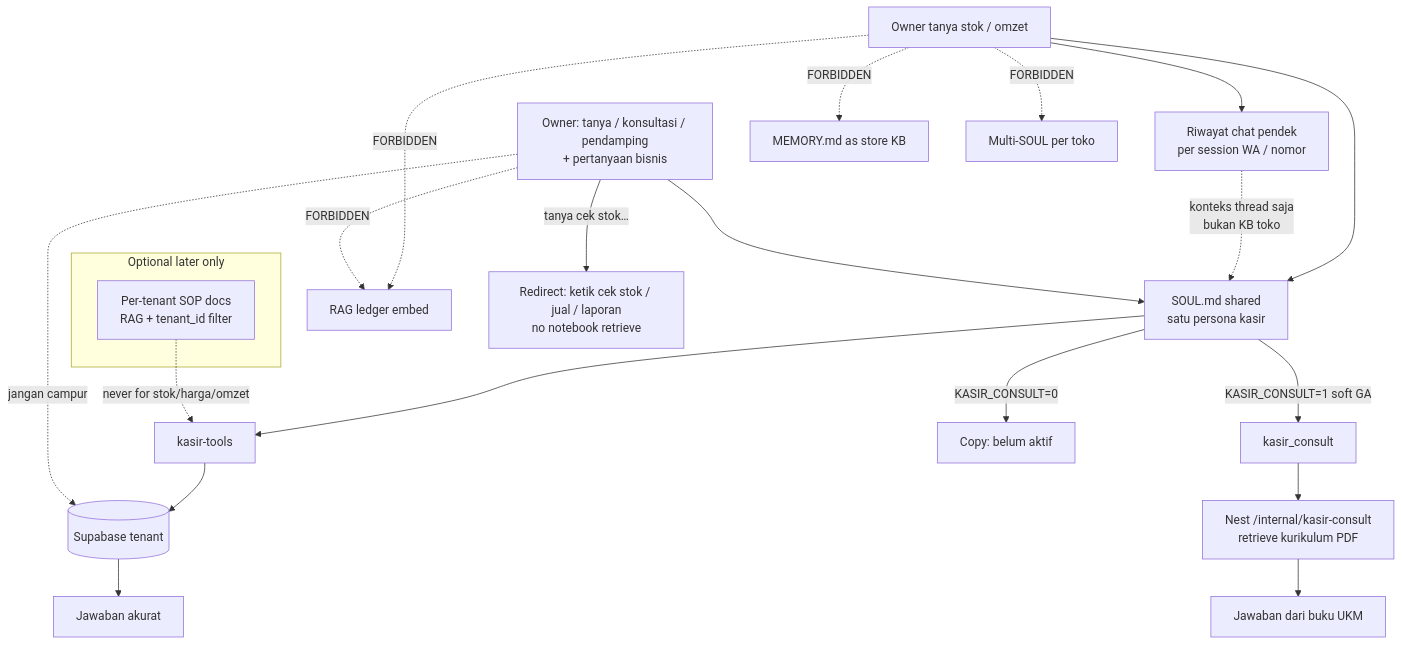
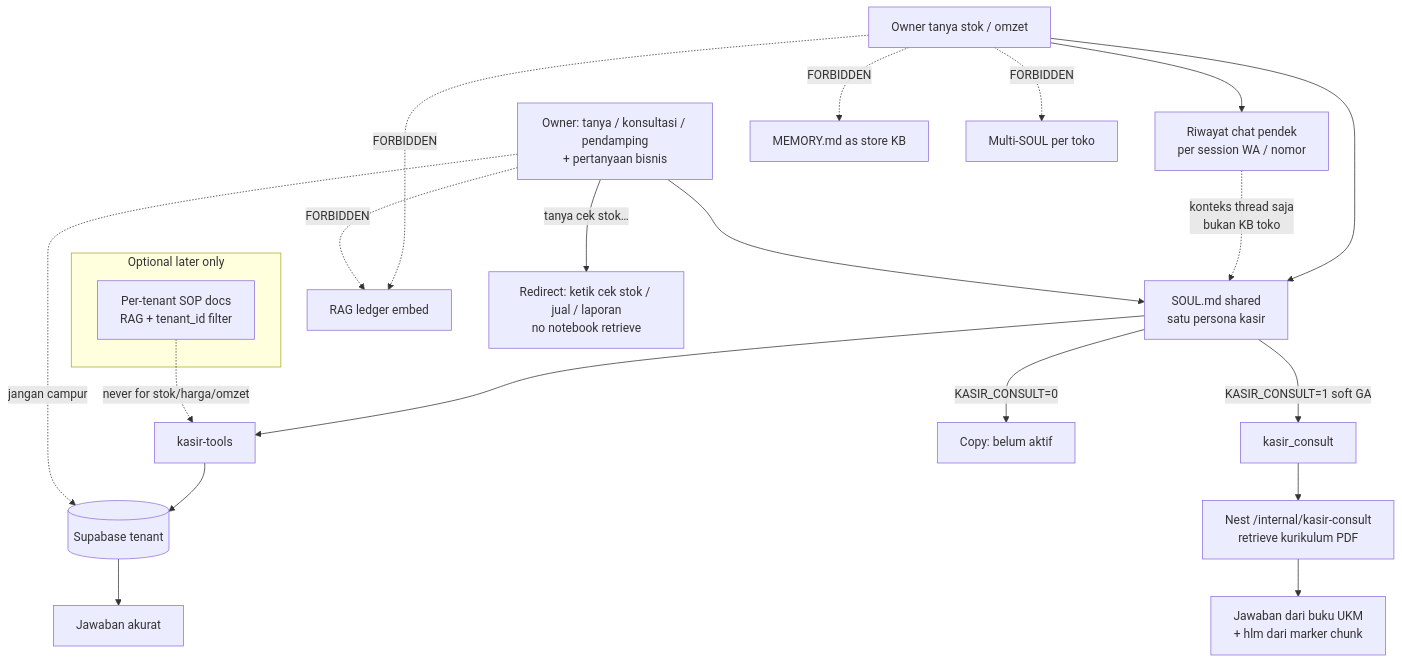
The diagram in diagrams/aistudio/umkm-wa/system/L8-knowledge-soul.mmd (nusantarasoft/juragan-aibuilder-cup), drawn with Mermaid before and after one commit. The commit also changed 23 other files, not shown here.

```diff
--- a/diagrams/aistudio/umkm-wa/system/L8-knowledge-soul.mmd
+++ b/diagrams/aistudio/umkm-wa/system/L8-knowledge-soul.mmd
@@ -1,31 +1,31 @@
 %% System L8: knowledge + character locks (Q2 / Q3) + kurikulum consult — eng / ops
 %% Facts stok/omzet = tools/DB; short-term chat OK; kurikulum = kasir_consult→Nest RAG.
 %% Prod soft GA: KASIR_CONSULT=1 (2026-09-20). Compose default remains 0.
 %% Never MEMORY/RAG ledger for stok/harga/omzet.
 flowchart TB
   Q[Owner tanya stok / omzet] --> S[SOUL.md shared<br/>satu persona kasir]
   S --> T[kasir-tools]
   T --> DB[(Supabase tenant)]
   DB --> A[Jawaban akurat]
 
   Q --> H[Riwayat chat pendek<br/>per session WA / nomor]
   H -.->|konteks thread saja<br/>bukan KB toko| S
 
   C[Owner: tanya / konsultasi / pendamping<br/>+ pertanyaan bisnis]
   C --> S
   S -->|KASIR_CONSULT=1 soft GA| KC[kasir_consult]
   KC --> Nest[Nest /internal/kasir-consult<br/>retrieve kurikulum PDF]
-  Nest --> Buku[Jawaban dari buku UKM]
+  Nest --> Buku[Jawaban dari buku UKM<br/>+ hlm dari marker chunk]
   S -->|KASIR_CONSULT=0| Off[Copy: belum aktif]
 
   Q -.->|FORBIDDEN| R[RAG ledger embed]
   Q -.->|FORBIDDEN| M[MEMORY.md as store KB]
   Q -.->|FORBIDDEN| MS[Multi-SOUL per toko]
   C -.->|FORBIDDEN| R
   C -.->|jangan campur| DB
   C -->|tanya cek stok…| Redir[Redirect: ketik cek stok / jual / laporan<br/>no notebook retrieve]
 
   subgraph later["Optional later only"]
     DOC[Per-tenant SOP docs<br/>RAG + tenant_id filter]
   end
   DOC -.->|never for stok/harga/omzet| T
```
